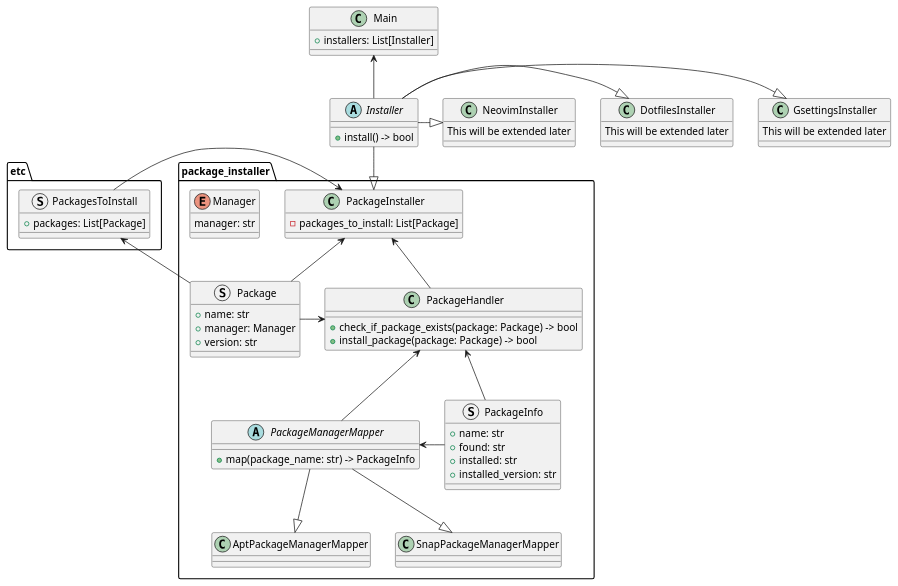
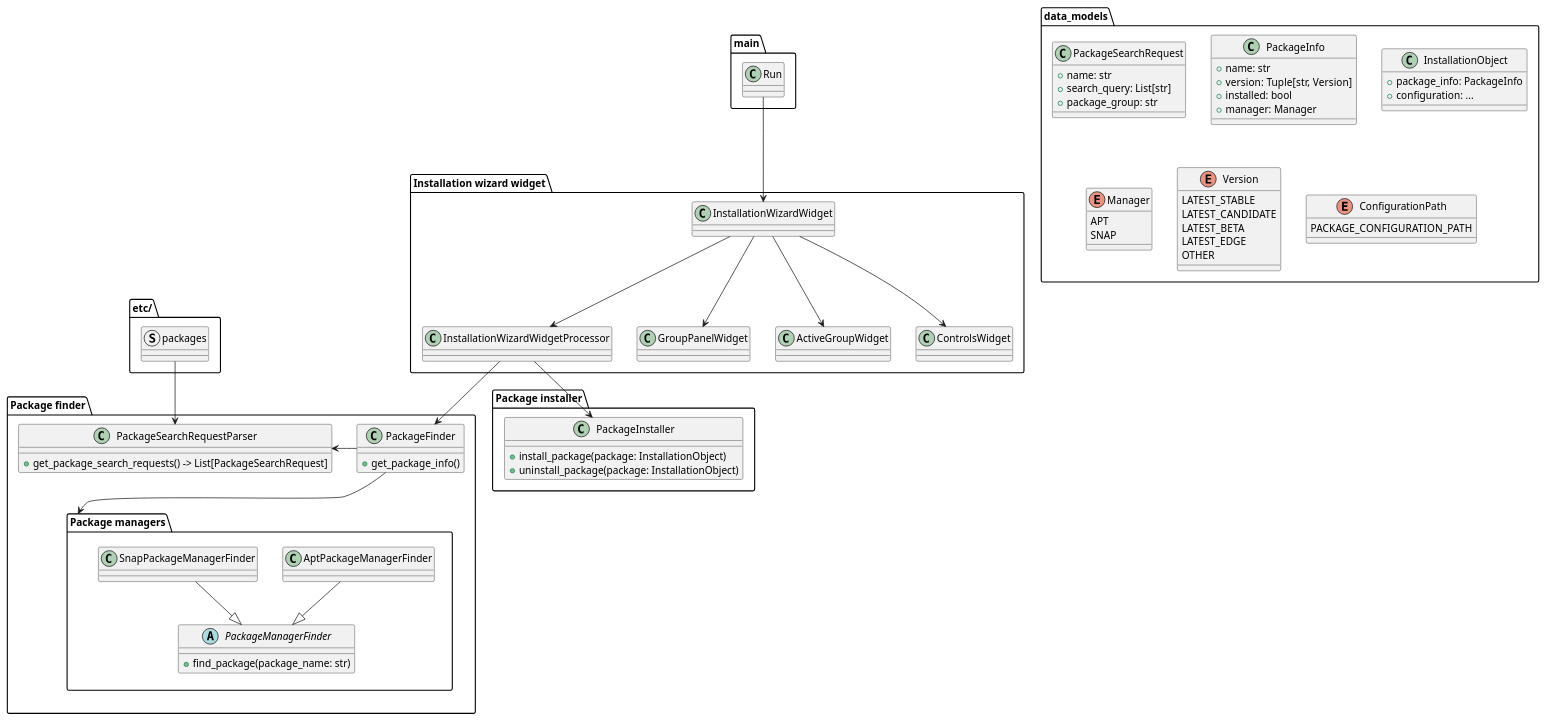
One commit to LuukHenk/dotfiles changed the diagram in docs/designs/dotfiles_design.puml. Above: the diagram before and after it, drawn with PlantUML. The commit also changed 37 other files, not shown here.

```diff
--- a/docs/designs/dotfiles_design.puml
+++ b/docs/designs/dotfiles_design.puml
@@ -1,77 +1,118 @@
 @startuml dotfiles design
 
-package package_installer {
+package main {
+    class Run{}
+}
 
-    struct Package {
-        + name: str
-        + manager: Manager
-        + version: str
-    }
-    enum Manager {
-        manager: str
+' -------------------------------------------------------
+
+package "Installation wizard widget" as installation_widget {
+
+    class InstallationWizardWidgetProcessor {}
+
+    class InstallationWizardWidget {}
+
+    class GroupPanelWidget {}
+
+    class ActiveGroupWidget {}
+
+    class ControlsWidget {}
+}
+
+InstallationWizardWidget --> InstallationWizardWidgetProcessor
+InstallationWizardWidget --> GroupPanelWidget
+InstallationWizardWidget --> ActiveGroupWidget
+InstallationWizardWidget --> ControlsWidget
+
+' -------------------------------------------------------
+
+package "Package finder" as package_finder {
+
+    class PackageFinder {
+        + get_package_info()
     }
 
-    abstract PackageManagerMapper {
-        + map(package_name: str) -> PackageInfo
+    class PackageSearchRequestParser {
+        + get_package_search_requests() -> List[PackageSearchRequest] 
     }
-    class AptPackageManagerMapper
-    class SnapPackageManagerMapper
+    package "Package managers" as package_managers_finder {
+        abstract class PackageManagerFinder {
+            + find_package(package_name: str)
+        }
 
-    class PackageHandler {
-        + check_if_package_exists(package: Package) -> bool
-        + install_package(package: Package) -> bool
-    }
-    class PackageInstaller {
-        - packages_to_install: List[Package]
+        class AptPackageManagerFinder {}
+        class SnapPackageManagerFinder {}
     }
 
-    struct PackageInfo {
-        + name: str
-        + found: str
-        + installed: str
-        + installed_version: str
+}
+
+PackageSearchRequestParser <- PackageFinder 
+PackageFinder --> package_managers_finder
+AptPackageManagerFinder --|> PackageManagerFinder
+SnapPackageManagerFinder --|> PackageManagerFinder
+
+' -------------------------------------------------------
+
+package "Package installer" as package_installer {
+    class PackageInstaller {
+        + install_package(package: InstallationObject)
+        + uninstall_package(package: InstallationObject)
     }
 }
 
-class Main {
-    + installers: List[Installer]
-}
 
-abstract Installer {
-    + install() -> bool
-}
+' -------------------------------------------------------
 
-class DotfilesInstaller {
-    This will be extended later
-}
-class GsettingsInstaller {
-    This will be extended later
-}
-class NeovimInstaller {
-    This will be extended later
-}
+package data_models {
 
-package etc {
-    struct PackagesToInstall {
-        + packages: List[Package]
+    class PackageSearchRequest {
+        + name: str
+        + search_query: List[str]
+        + package_group: str
+    }
+
+    class PackageInfo {
+        + name: str
+        + version: Tuple[str, Version]
+        + installed: bool
+        + manager: Manager
+    }
+
+    class InstallationObject {
+        + package_info: PackageInfo
+        + configuration: ...
+    }
+
+    enum Manager {
+        APT
+        SNAP
+    }
+
+    enum Version {
+        LATEST_STABLE
+        LATEST_CANDIDATE
+        LATEST_BETA
+        LATEST_EDGE
+        OTHER
+    }
+
+    enum ConfigurationPath {
+        PACKAGE_CONFIGURATION_PATH
     }
 }
 
-Main <-- Installer
-Installer --|> PackageInstaller
-Installer -|> DotfilesInstaller
-Installer -|> NeovimInstaller
-Installer -|> GsettingsInstaller
-PackageManagerMapper --|> AptPackageManagerMapper
-PackageManagerMapper --|> SnapPackageManagerMapper
-PackageHandler <-- PackageManagerMapper
-PackageInstaller <-- PackageHandler
-PackageInstaller <- PackagesToInstall
+' -------------------------------------------------------
 
-PackageHandler <- Package
-PackageHandler <- PackageInfo
-PackageManagerMapper <- PackageInfo
+package "etc/" as configuration {
+    struct packages {}
+}
 
-PackageInstaller <-- Package
-PackagesToInstall <- Package
+packages --> PackageSearchRequestParser
+' -------------------------------------------------------
+
+Run --> InstallationWizardWidget
+InstallationWizardWidgetProcessor -down-> PackageInstaller
+InstallationWizardWidgetProcessor --> PackageFinder
+
+
 @enduml
```
